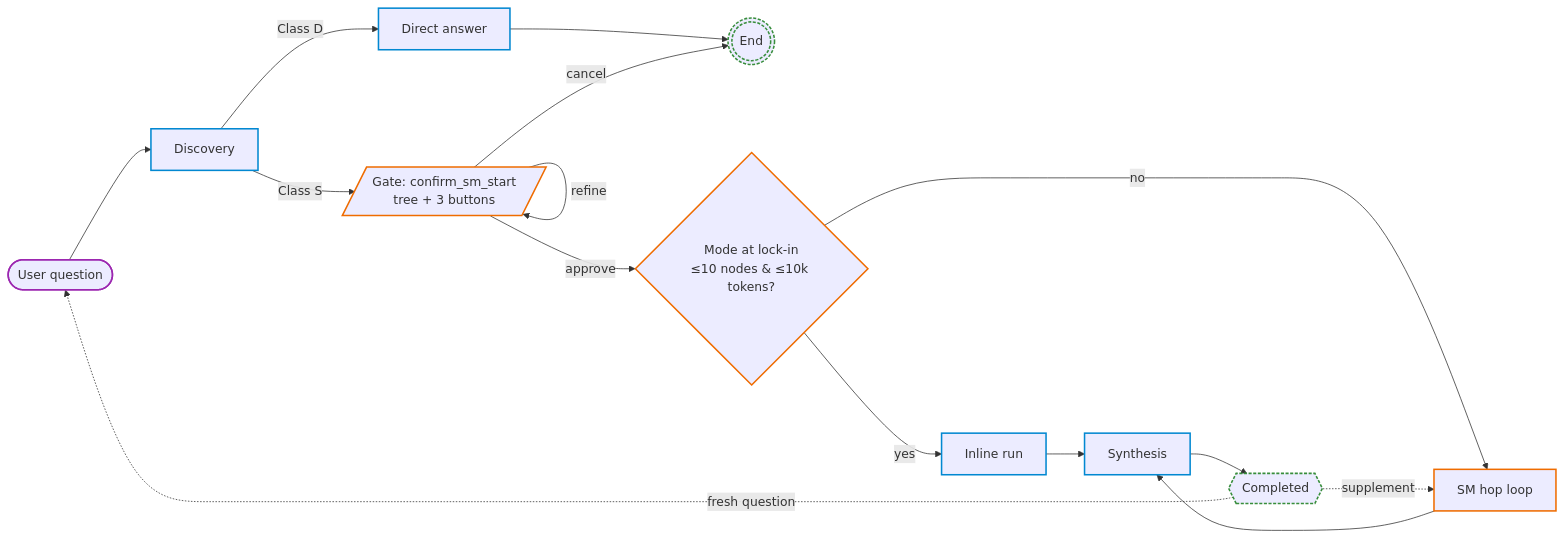
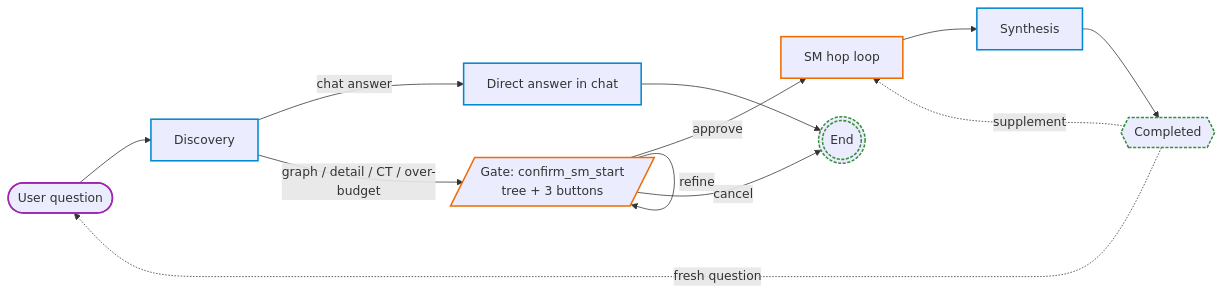
One commit to ChrisDevRepo/vscode_data_lineage changed the first of 7 diagrams in docs/ARCHITECTURE.md. Above: the diagram before and after it, drawn with Mermaid. The commit also changed other lines of this file and 30 other files, not shown here.

````diff
--- a/docs/ARCHITECTURE.md
+++ b/docs/ARCHITECTURE.md
@@ -9,22 +9,19 @@
 ```mermaid
 flowchart LR
     U([User question]):::user --> D[Discovery]:::ai
-    D -->|Class D| R1[Direct answer]:::ai
+    D -->|chat answer| R1[Direct answer in chat]:::ai
     R1 --> EX(((End))):::done
-    D -->|Class S| GG[/Gate: confirm_sm_start<br/>tree + 3 buttons/]:::engine
-    GG -->|approve| MD{Mode at lock-in<br/>≤10 nodes &amp; ≤10k tokens?}:::engine
-    MD -->|yes| IN[Inline run]:::ai
-    MD -->|no| SM[SM hop loop]:::engine
+    D -->|graph / detail / CT / over-budget| GG[/Gate: confirm_sm_start<br/>tree + 3 buttons/]:::engine
+    GG -->|approve| SM[SM hop loop]:::engine
     GG -->|refine| GG
     GG -->|cancel| EX
-    IN --> SY[Synthesis]:::ai
-    SM --> SY
+    SM --> SY[Synthesis]:::ai
     SY --> C{{Completed}}:::done
     C -.->|fresh question| U
     C -.->|supplement| SM
 
     classDef user stroke:#9c27b0,stroke-width:2px
     classDef ai stroke:#0288d1,stroke-width:2px
     classDef engine stroke:#ef6c00,stroke-width:2px
     classDef done stroke:#388e3c,stroke-width:2px,stroke-dasharray:4 2
 ```
````
